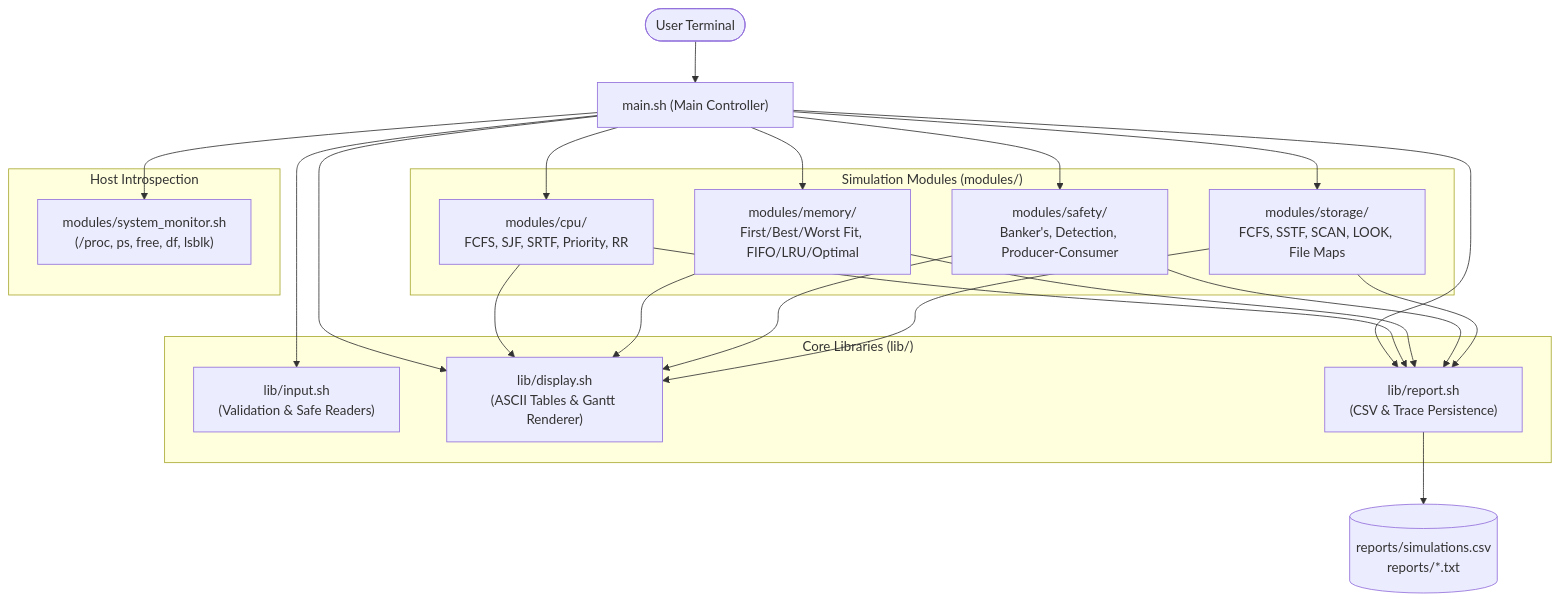
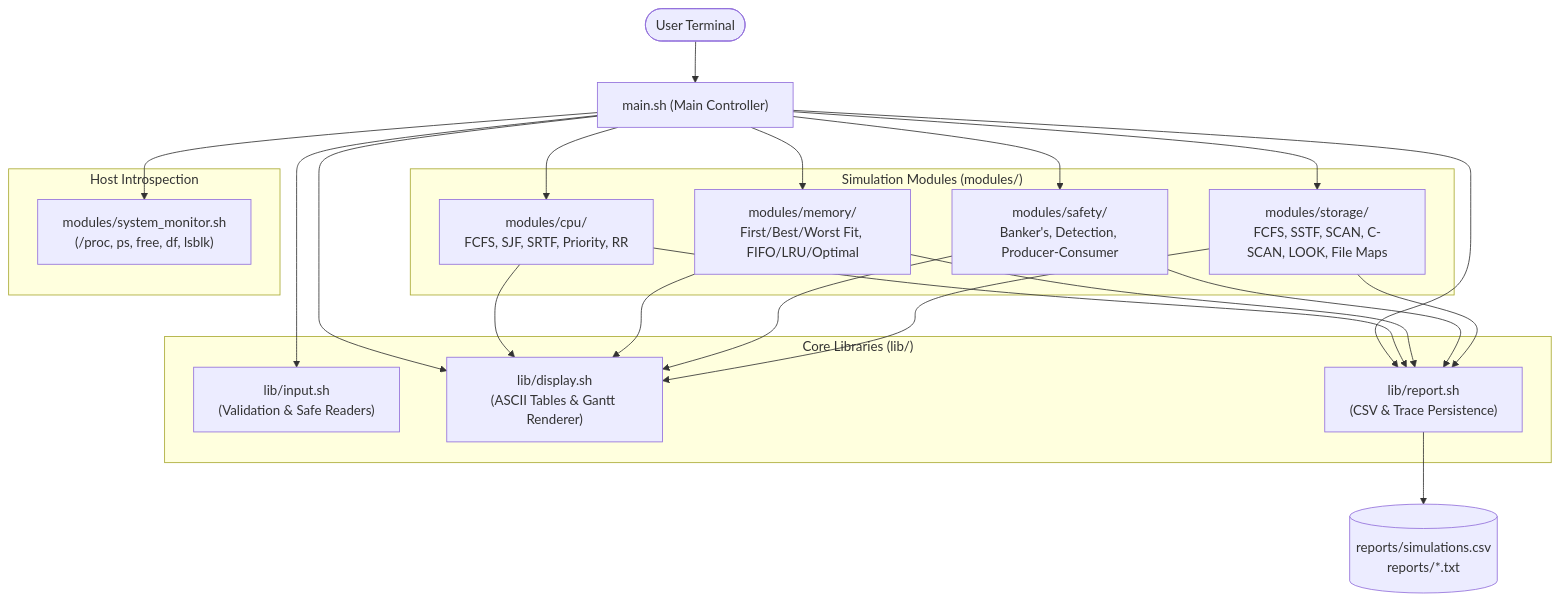
The diagram in README.md (tejapampana09/OS-Resource-Management), drawn with Mermaid before and after one commit. The commit also changed other lines of this file, not shown here.

````diff
--- a/README.md
+++ b/README.md
@@ -148,43 +148,43 @@
 ```mermaid
 flowchart TD
     User([User Terminal]) --> Main["main.sh (Main Controller)"]
-    
+
     subgraph SharedLibraries ["Core Libraries (lib/)"]
         Input["lib/input.sh<br/>(Validation & Safe Readers)"]
         Display["lib/display.sh<br/>(ASCII Tables & Gantt Renderer)"]
         Report["lib/report.sh<br/>(CSV & Trace Persistence)"]
     end
 
     Main --> Input
     Main --> Display
     Main --> Report
 
     subgraph SimulationModules ["Simulation Modules (modules/)"]
         CPU["modules/cpu/<br/>FCFS, SJF, SRTF, Priority, RR"]
         MEM["modules/memory/<br/>First/Best/Worst Fit, FIFO/LRU/Optimal"]
         SAFE["modules/safety/<br/>Banker's, Detection, Producer-Consumer"]
-        DISK["modules/storage/<br/>FCFS, SSTF, SCAN, LOOK, File Maps"]
+        DISK["modules/storage/<br/>FCFS, SSTF, SCAN, C-SCAN, LOOK, File Maps"]
     end
 
     subgraph HostMonitoring ["Host Introspection"]
         MON["modules/system_monitor.sh<br/>(/proc, ps, free, df, lsblk)"]
     end
 
     Main --> CPU
     Main --> MEM
     Main --> SAFE
     Main --> DISK
     Main --> MON
 
     CPU --> Display
     MEM --> Display
     SAFE --> Display
     DISK --> Display
-    
+
     CPU --> Report
     MEM --> Report
     SAFE --> Report
     DISK --> Report
-    
+
     Report --> Storage[("reports/simulations.csv<br/>reports/*.txt")]
 ```
````
